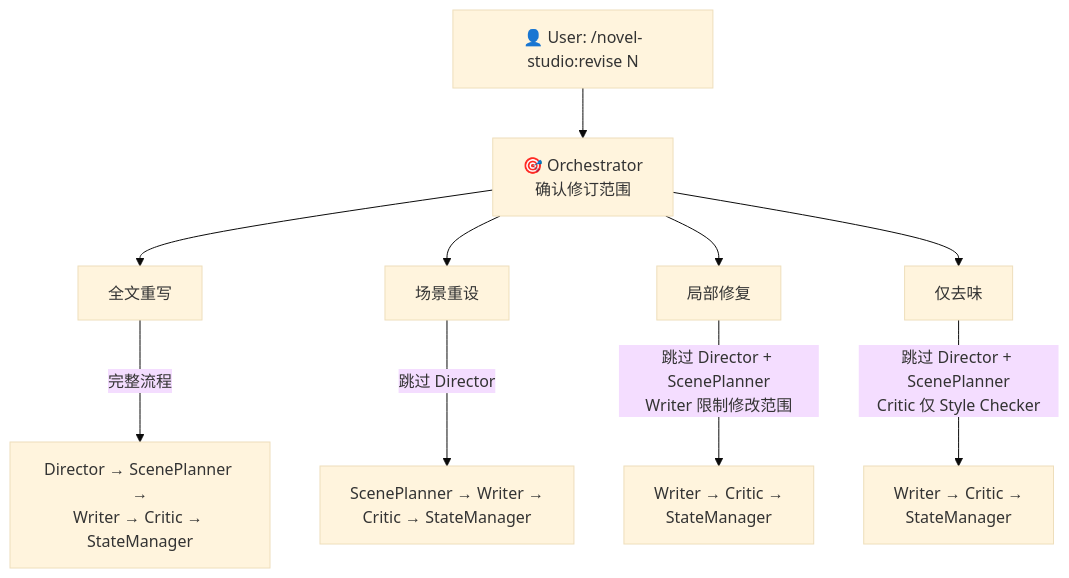
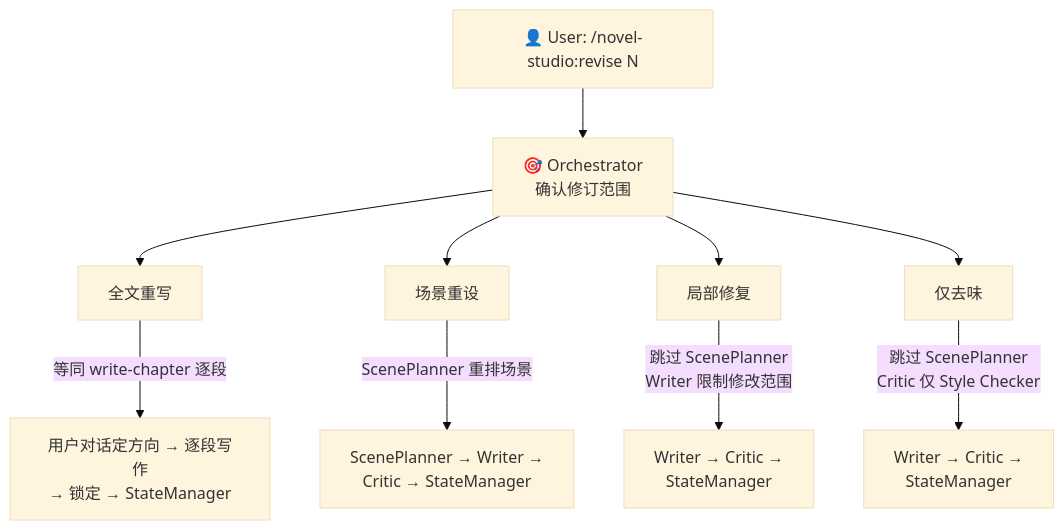
Before and after one commit to deathwhispers/novel-studio: the third of 7 diagrams in workflows/pipeline.md, drawn with Mermaid (base theme). The commit also changed other lines of this file and 49 other files, not shown here.

````diff
--- a/workflows/pipeline.md
+++ b/workflows/pipeline.md
@@ -73,20 +73,20 @@
 ```mermaid
 flowchart TD
     User["👤 User: /novel-studio:revise N"]
     Orchestrator["🎯 Orchestrator<br/>确认修订范围"]
 
     User --> Orchestrator
 
     Orchestrator --> FullRewrite["全文重写"]
     Orchestrator --> SceneReset["场景重设"]
     Orchestrator --> LocalFix["局部修复"]
     Orchestrator --> DeFlavor["仅去味"]
 
-    FullRewrite -->|"完整流程"| FR_Director["Director → ScenePlanner →<br/>Writer → Critic → StateManager"]
+    FullRewrite -->|"等同 write-chapter 逐段"| FR_User["用户对话定方向 → 逐段写作<br/>→ 锁定 → StateManager"]
 
-    SceneReset -->|"跳过 Director"| SR_Flow["ScenePlanner → Writer →<br/>Critic → StateManager"]
+    SceneReset -->|ScenePlanner 重排场景| SR_Flow["ScenePlanner → Writer →<br/>Critic → StateManager"]
 
-    LocalFix -->|"跳过 Director + ScenePlanner<br/>Writer 限制修改范围"| LF_Flow["Writer → Critic →<br/>StateManager"]
+    LocalFix -->|"跳过 ScenePlanner<br/>Writer 限制修改范围"| LF_Flow["Writer → Critic →<br/>StateManager"]
 
-    DeFlavor -->|"跳过 Director + ScenePlanner<br/>Critic 仅 Style Checker"| DF_Flow["Writer → Critic →<br/>StateManager"]
+    DeFlavor -->|"跳过 ScenePlanner<br/>Critic 仅 Style Checker"| DF_Flow["Writer → Critic →<br/>StateManager"]
 ```
````
